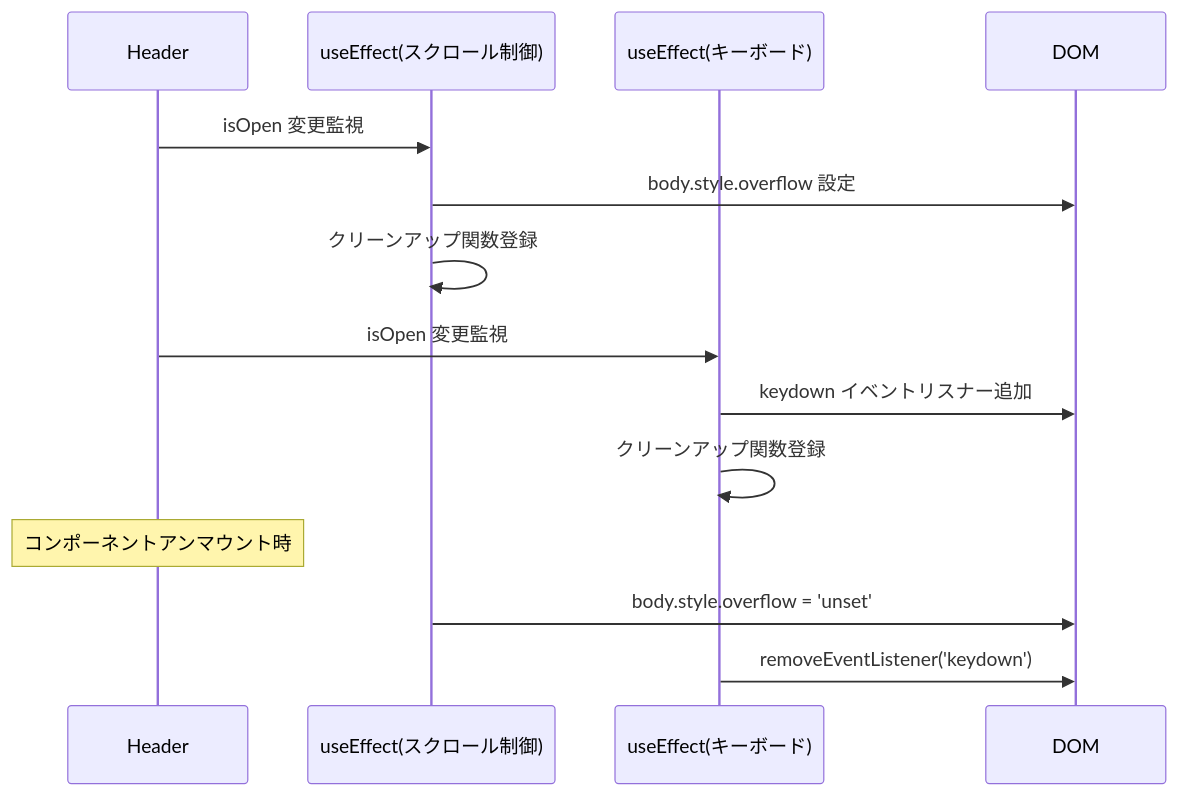
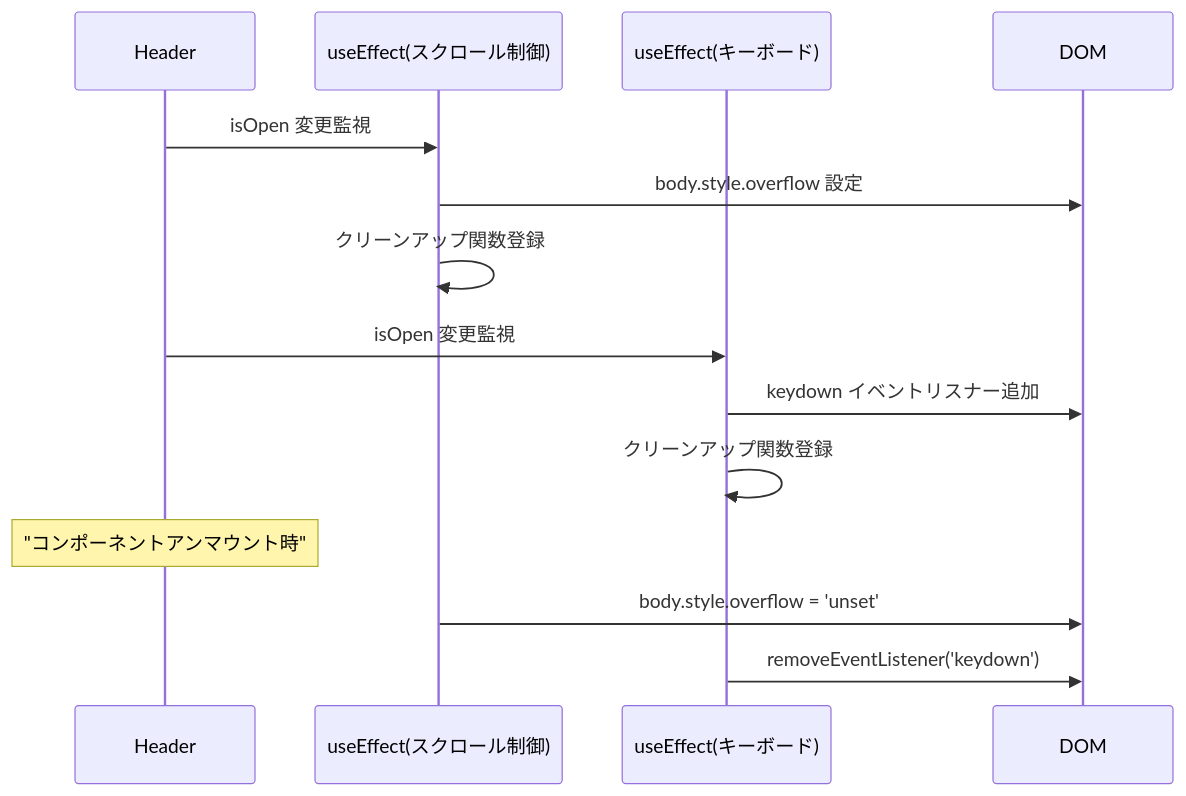
One commit to wasabi49/ocs-systemDevelopmentExercises changed the ninth of 9 diagrams in document/components/sequence/Header.md. Above: the diagram before and after it, drawn with Mermaid. The commit also changed other lines of this file and 42 other files, not shown here.

First line of the commit message:
fix: mermaidシーケンス図のNote over文でダブルクォーテーション不足を修正

````diff
--- a/document/components/sequence/Header.md
+++ b/document/components/sequence/Header.md
@@ -211,19 +211,19 @@
 ```mermaid
 sequenceDiagram
     participant Header as Header
     participant Effect1 as useEffect(スクロール制御)
     participant Effect2 as useEffect(キーボード)
     participant DOM as DOM
 
     Header->>Effect1: isOpen 変更監視
     Effect1->>DOM: body.style.overflow 設定
     Effect1->>Effect1: クリーンアップ関数登録
     
     Header->>Effect2: isOpen 変更監視
     Effect2->>DOM: keydown イベントリスナー追加
     Effect2->>Effect2: クリーンアップ関数登録
     
-    Note over Header: コンポーネントアンマウント時
+    Note over Header: "コンポーネントアンマウント時"
     Effect1->>DOM: body.style.overflow = 'unset'
     Effect2->>DOM: removeEventListener('keydown')
 ```
````
